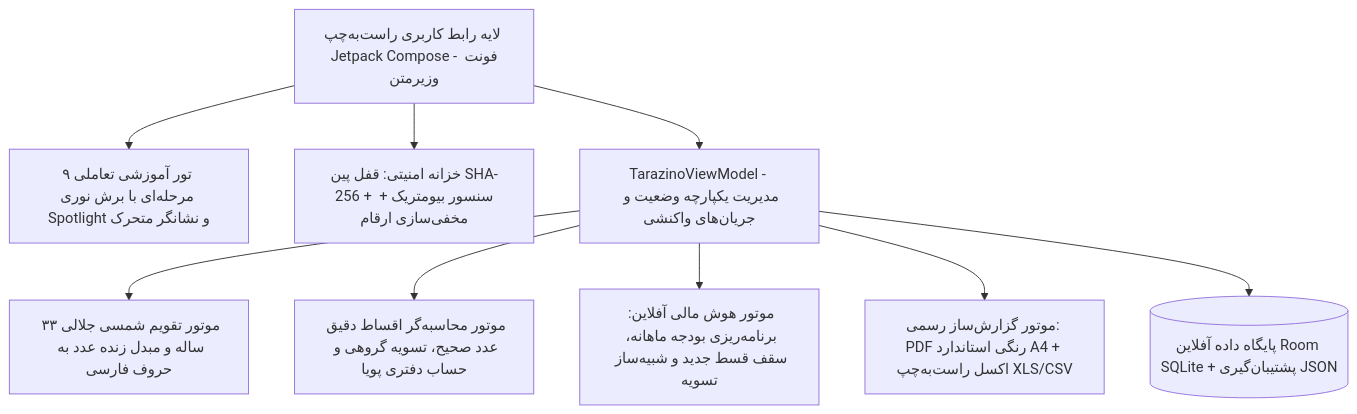
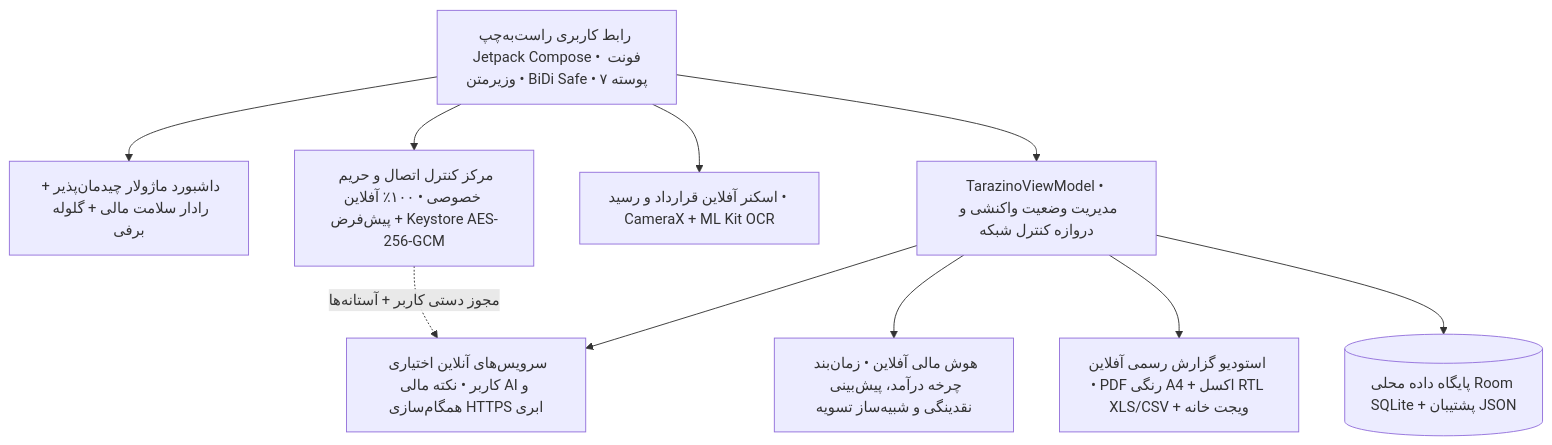
One commit to Mahdias1383/Intelligent-Personal-Financial-Management-System changed the diagram in README.md. Above: the diagram before and after it, drawn with Mermaid. The commit also changed other lines of this file and 12 other files, not shown here.

````diff
--- a/README.md
+++ b/README.md
@@ -150,21 +157,22 @@
 ```mermaid
 graph TD
-    UI[لایه رابط کاربری راست‌به‌چپ Jetpack Compose - فونت وزیرمتن]
-    TOUR[تور آموزشی تعاملی ۹ مرحله‌ای با برش نوری Spotlight و نشانگر متحرک]
-    SEC[خزانه امنیتی: قفل پین SHA-256 + سنسور بیومتریک + مخفی‌سازی ارقام]
-    VM[TarazinoViewModel - مدیریت یکپارچه وضعیت و جریان‌های واکنشی]
-    CAL[موتور تقویم شمسی جلالی ۳۳ ساله و مبدل زنده عدد به حروف فارسی]
-    SCHED[موتور محاسبه‌گر اقساط دقیق عدد صحیح، تسویه گروهی و حساب دفتری پویا]
-    INTEL[موتور هوش مالی آفلاین: برنامه‌ریزی بودجه ماهانه، سقف قسط جدید و شبیه‌ساز تسویه]
-    EXP[موتور گزارش‌ساز رسمی: PDF رنگی استاندارد A4 + اکسل راست‌به‌چپ XLS/CSV]
-    DB[(پایگاه داده آفلاین Room SQLite + پشتیبان‌گیری JSON)]
+    UI[رابط کاربری راست‌به‌چپ Jetpack Compose • فونت وزیرمتن • BiDi Safe • ۷ پوسته]
+    GRID[داشبورد ماژولار چیدمان‌پذیر + رادار سلامت مالی + گلوله برفی]
+    PRIV[مرکز کنترل اتصال و حریم خصوصی • ۱۰۰٪ آفلاین پیش‌فرض + Keystore AES-256-GCM]
+    OCR[اسکنر آفلاین قرارداد و رسید • CameraX + ML Kit OCR]
+    VM[TarazinoViewModel • مدیریت وضعیت واکنشی و دروازه کنترل شبکه]
+    INTEL[هوش مالی آفلاین • زمان‌بند چرخه درآمد، پیش‌بینی نقدینگی و شبیه‌ساز تسویه]
+    OPT[سرویس‌های آنلاین اختیاری کاربر • نکته مالی AI و همگام‌سازی HTTPS ابری]
+    EXP[استودیو گزارش رسمی آفلاین • PDF رنگی A4 + اکسل RTL XLS/CSV + ویجت خانه]
+    DB[(پایگاه داده محلی Room SQLite + پشتیبان JSON)]
 
-    UI --> TOUR
-    UI --> SEC
+    UI --> GRID
+    UI --> PRIV
+    UI --> OCR
     UI --> VM
-    VM --> CAL
-    VM --> SCHED
     VM --> INTEL
     VM --> EXP
     VM --> DB
+    PRIV -. مجوز دستی کاربر + آستانه‌ها .-> OPT
+    VM --> OPT
 ```
````
